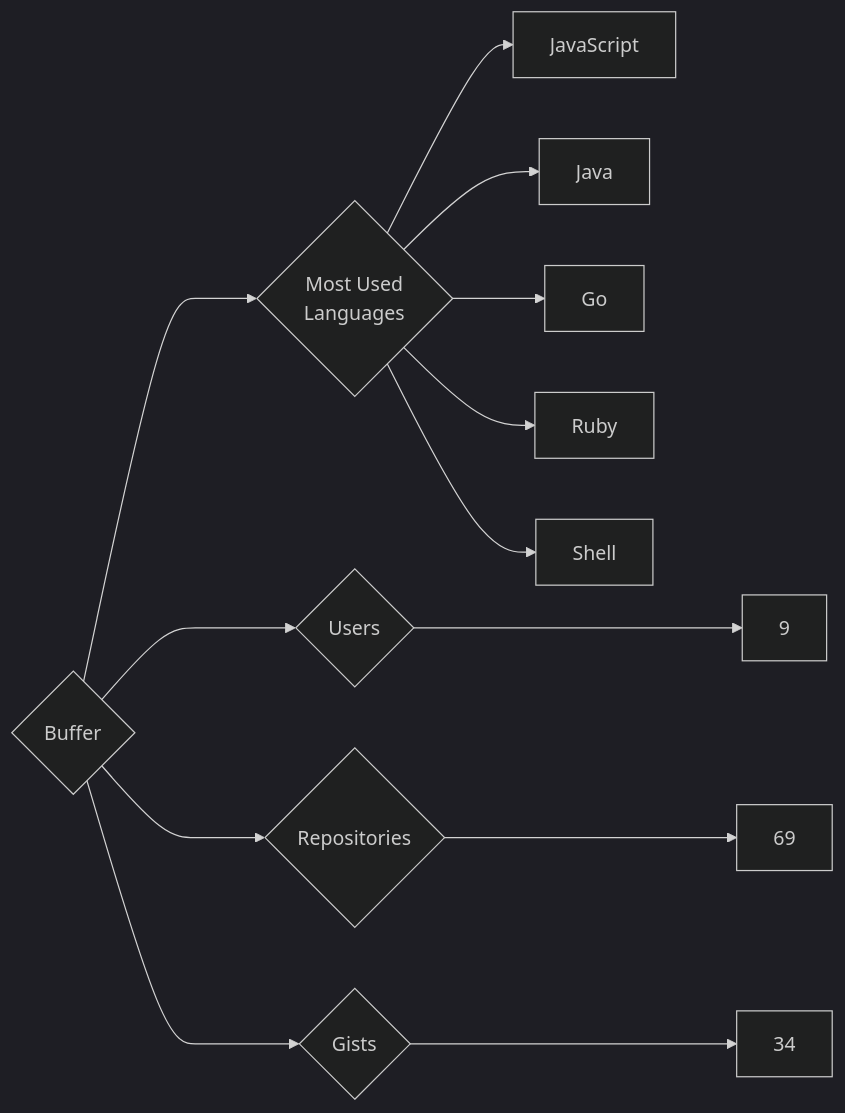
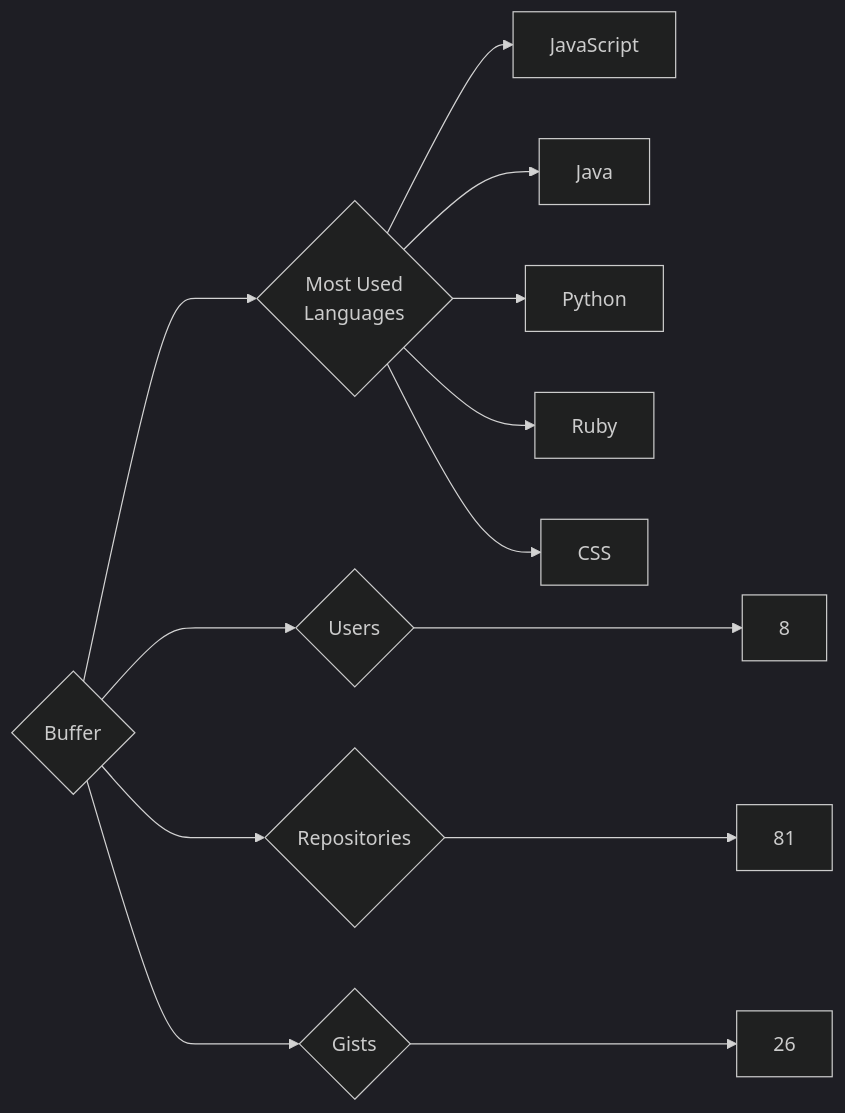
One commit to trickest/insiders changed the diagram in targets/Buffer/README.md. Above: the diagram before and after it, drawn with Mermaid (dark theme). The commit also changed 988 other files, not shown here.

````diff
--- a/targets/Buffer/README.md
+++ b/targets/Buffer/README.md
@@ -3,13 +3,13 @@
 ```mermaid
 graph LR
 COMPANY_NAME{Buffer}
-COMPANY_NAME ---> U{Users} ---> UN[9]
-COMPANY_NAME ---> R{Repositories} ---> RN[69]
-COMPANY_NAME ---> G{Gists} ---> GN[34]
+COMPANY_NAME ---> U{Users} ---> UN[8]
+COMPANY_NAME ---> R{Repositories} ---> RN[81]
+COMPANY_NAME ---> G{Gists} ---> GN[26]
 COMPANY_NAME ---> ML{Most Used<br>Languages}
 ML --> JavaScript[JavaScript]
 ML --> Java[Java]
-ML --> Go[Go]
+ML --> Python[Python]
 ML --> Ruby[Ruby]
-ML --> Shell[Shell]
+ML --> CSS[CSS]
 ```
````
